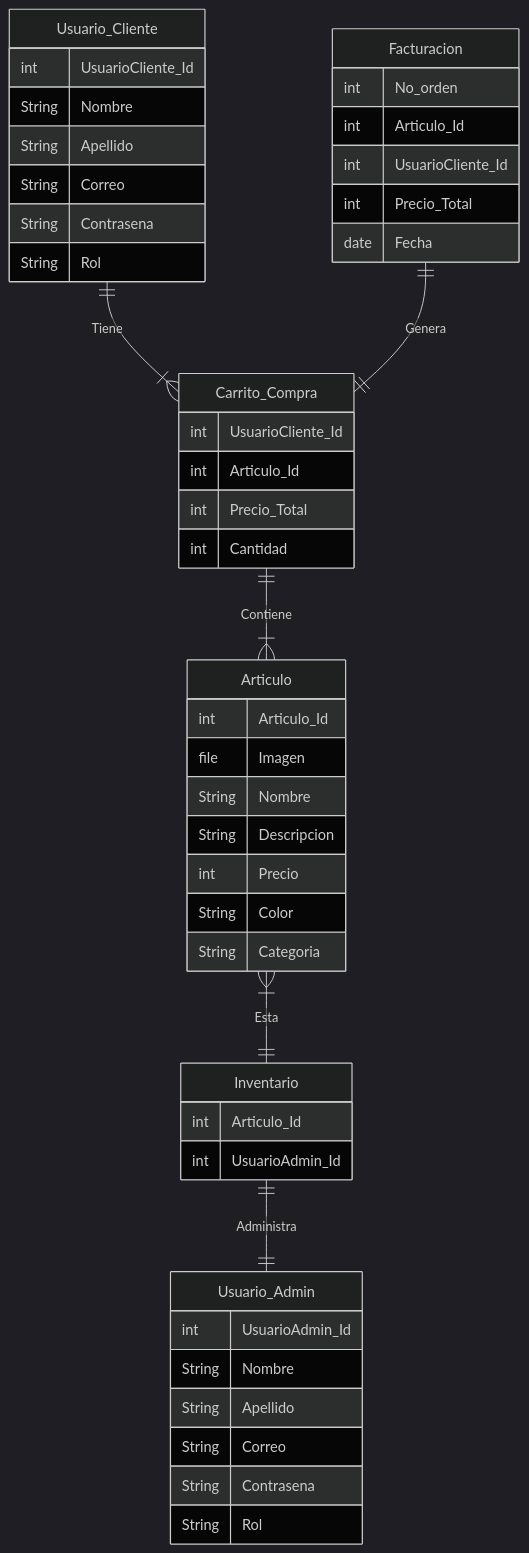
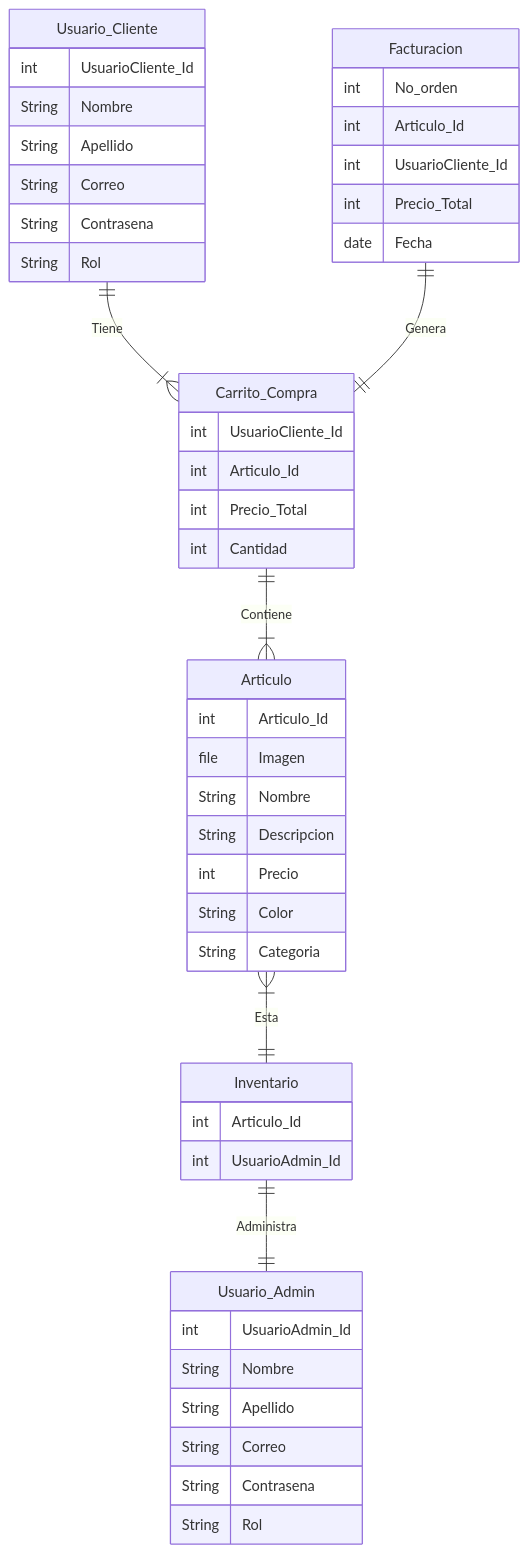
Before and after one commit to ingcdsantamaria/Degorra: the second of 2 diagrams in README.md, drawn with Mermaid.

Commit message:
Diagrama de Entidad de relacion 18.0

````diff
--- a/README.md
+++ b/README.md
@@ -29,52 +29,51 @@
-```mermaid
-%%{init: {'darkMode': 'True', 'theme':'dark'}}%%
+```{.mermaid theme=dark}
 
 erDiagram
     Usuario_Cliente ||--|{ Carrito_Compra : Tiene
     Usuario_Cliente{
       int UsuarioCliente_Id
       String Nombre
       String Apellido
       String Correo
       String Contrasena
       String Rol
     }
     Carrito_Compra ||--|{Articulo : Contiene
     Carrito_Compra{
         int UsuarioCliente_Id
         int Articulo_Id
         int Precio_Total
         int Cantidad
     }
     Articulo }|--||Inventario : Esta
     Articulo{
       int Articulo_Id
       file Imagen
       String Nombre
       String Descripcion
       int Precio
       String Color
       String Categoria
     }
     Inventario ||--|| Usuario_Admin : Administra
     Inventario{
       int Articulo_Id
       int UsuarioAdmin_Id
     }
     Usuario_Admin{
       int UsuarioAdmin_Id
       String Nombre
       String Apellido
       String Correo
       String Contrasena
       String Rol
     }
     Facturacion ||--||Carrito_Compra : Genera
     Facturacion{
       int No_orden
       int Articulo_Id
       int UsuarioCliente_Id
       int Precio_Total
       date Fecha
     }
 ```
````
